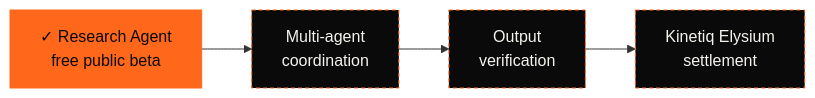
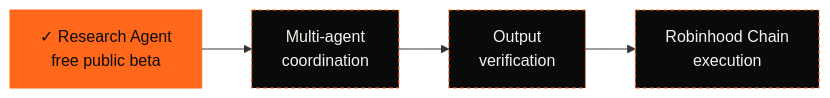
The third of 3 diagrams in README.md (SyncronixLabs/SyncronixLabs), drawn with Mermaid before and after one commit. The commit also changed other lines of this file, not shown here.

Commit message:
Reposition profile to the Robinhood ecosystem; add non-affiliation notice

````diff
--- a/README.md
+++ b/README.md
@@ -202,6 +203,6 @@
 ```mermaid
 flowchart LR
-    A["✓ Research Agent<br/>free public beta"]:::live --> B["Multi-agent<br/>coordination"]:::next --> C["Output<br/>verification"]:::next --> D["Kinetiq Elysium<br/>settlement"]:::next
+    A["✓ Research Agent<br/>free public beta"]:::live --> B["Multi-agent<br/>coordination"]:::next --> C["Output<br/>verification"]:::next --> D["Robinhood Chain<br/>execution"]:::next
     classDef live fill:#FF681B,stroke:#FF681B,color:#0A0A0A
     classDef next fill:#0A0A0A,stroke:#FF681B,color:#F5F3EE,stroke-dasharray:4 3
 ```
````
